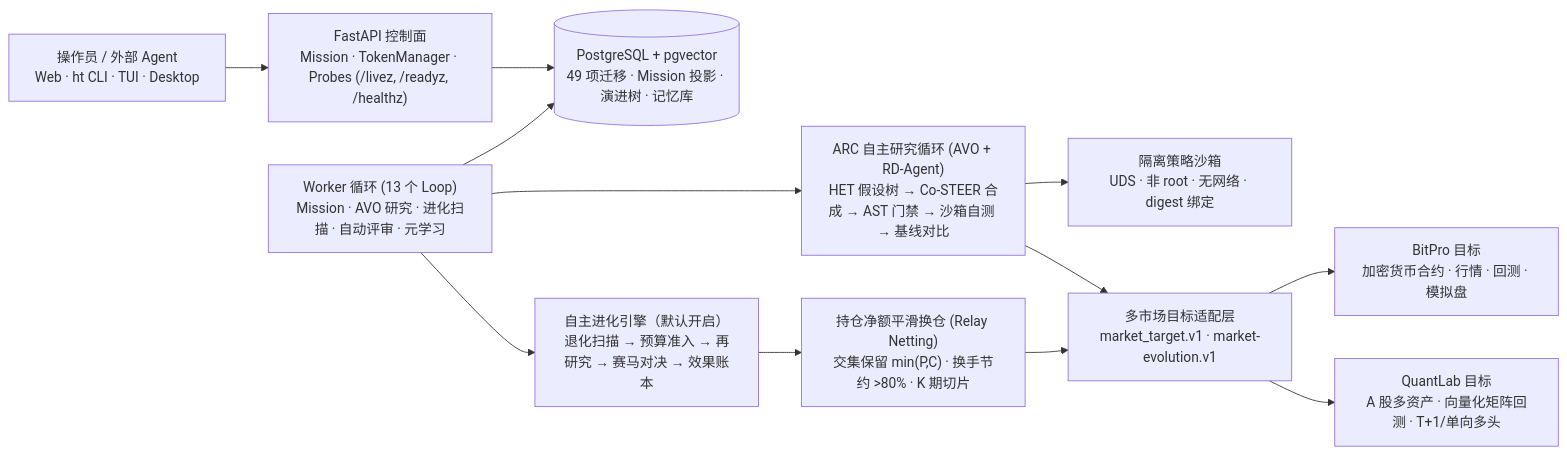
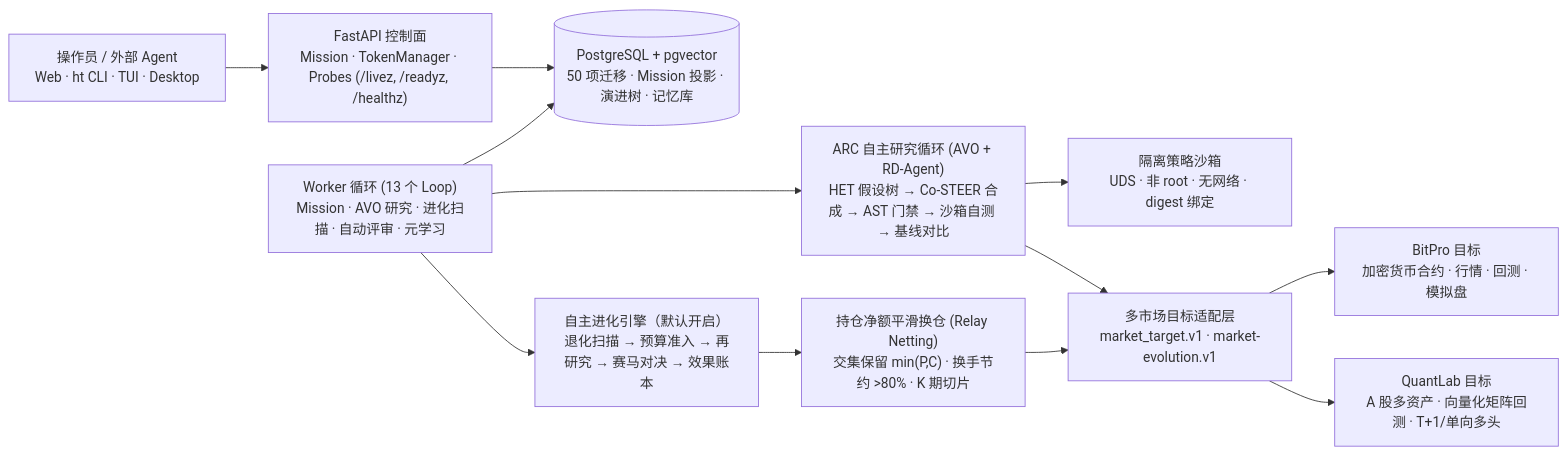
Before and after one commit to Shadowell/HyperTrade: the second of 2 diagrams in README.md, drawn with Mermaid. The commit also changed other lines of this file and 10 other files, not shown here.

````diff
--- a/README.md
+++ b/README.md
@@ -72,14 +72,14 @@
 ```mermaid
 flowchart LR
   Op["操作员 / 外部 Agent<br/>Web · ht CLI · TUI · Desktop"] --> API["FastAPI 控制面<br/>Mission · TokenManager · Probes (/livez, /readyz, /healthz)"]
-  API --> DB[("PostgreSQL + pgvector<br/>49 项迁移 · Mission 投影 · 演进树 · 记忆库")]
+  API --> DB[("PostgreSQL + pgvector<br/>50 项迁移 · Mission 投影 · 演进树 · 记忆库")]
   Worker["Worker 循环 (13 个 Loop)<br/>Mission · AVO 研究 · 进化扫描 · 自动评审 · 元学习"] --> DB
   Worker --> Research["ARC 自主研究循环 (AVO + RD-Agent)<br/>HET 假设树 → Co-STEER 合成 → AST 门禁 → 沙箱自测 → 基线对比"]
   Worker --> Evolution["自主进化引擎（默认开启）<br/>退化扫描 → 预算准入 → 再研究 → 赛马对决 → 效果账本"]
   Research --> Sandbox["隔离策略沙箱<br/>UDS · 非 root · 无网络 · digest 绑定"]
   Research --> Targets["多市场目标适配层<br/>market_target.v1 · market-evolution.v1"]
   Evolution --> Relay["持仓净额平滑换仓 (Relay Netting)<br/>交集保留 min(P,C) · 换手节约 >80% · K 期切片"]
   Relay --> Targets
   Targets --> BitPro["BitPro 目标<br/>加密货币合约 · 行情 · 回测 · 模拟盘"]
   Targets --> QuantLab["QuantLab 目标<br/>A 股多资产 · 向量化矩阵回测 · T+1/单向多头"]
 ```
````
